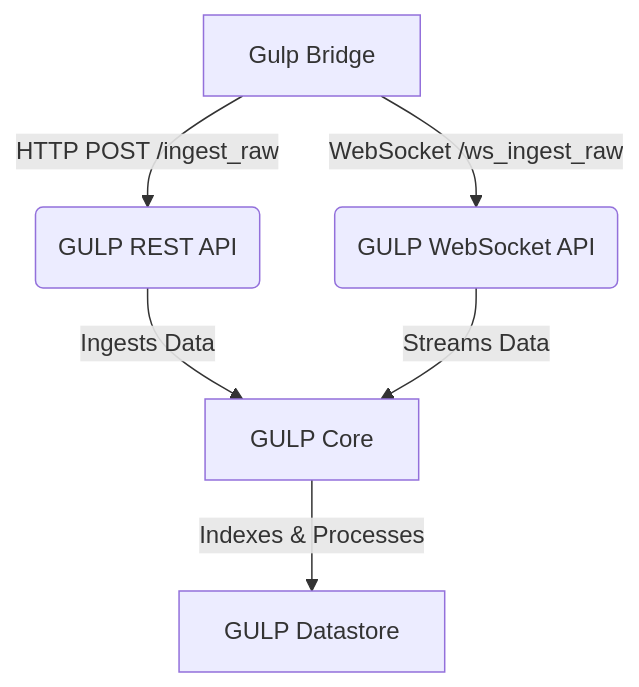
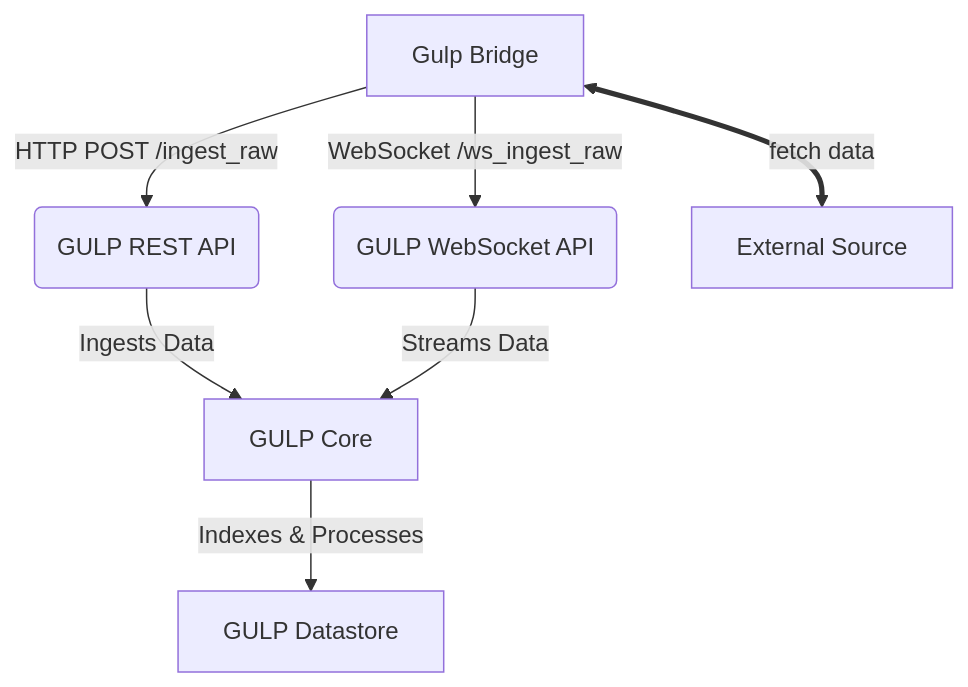
One commit to mentat-is/gulp changed the diagram in docs/integration.md. Above: the diagram before and after it, drawn with Mermaid. The commit also changed other lines of this file, not shown here.

````diff
--- a/docs/integration.md
+++ b/docs/integration.md
@@ -44,8 +44,9 @@
 ```mermaid
 graph TD
     A[Gulp Bridge] -- HTTP POST /ingest_raw --> B(GULP REST API)
     A -- WebSocket /ws_ingest_raw --> C(GULP WebSocket API)
     B -- Ingests Data --> D[GULP Core]
     C -- Streams Data --> D
     D -- Indexes & Processes --> E[GULP Datastore]
+    A[Gulp Bridge] <==fetch data==> F[External Source]
 ```
````
